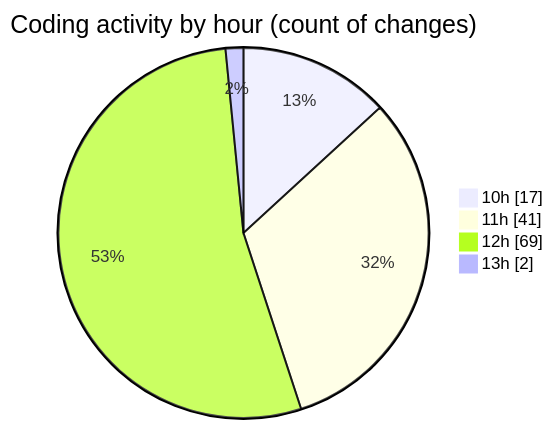
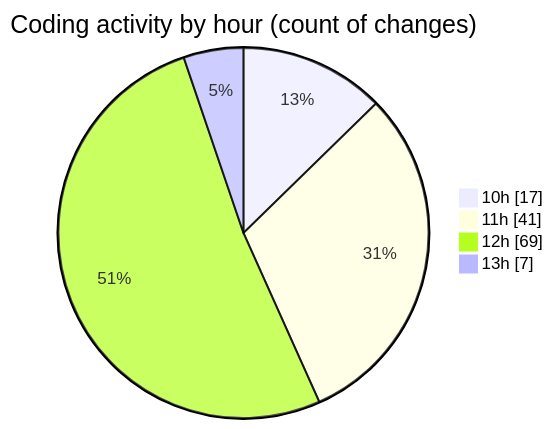
Before and after one commit to momahboobian/code-tracking: the second of 2 diagrams in 2025-10-06/cda/README.md, drawn with Mermaid. The commit also changed other lines of this file and 1 other file, not shown here.

````diff
--- a/2025-10-06/cda/README.md
+++ b/2025-10-06/cda/README.md
@@ -33,8 +33,8 @@
 ```mermaid
 pie showData
 title Coding activity by hour (count of changes)
 "10h" : 17
 "11h" : 41
 "12h" : 69
-"13h" : 2
+"13h" : 7
 ```
````
